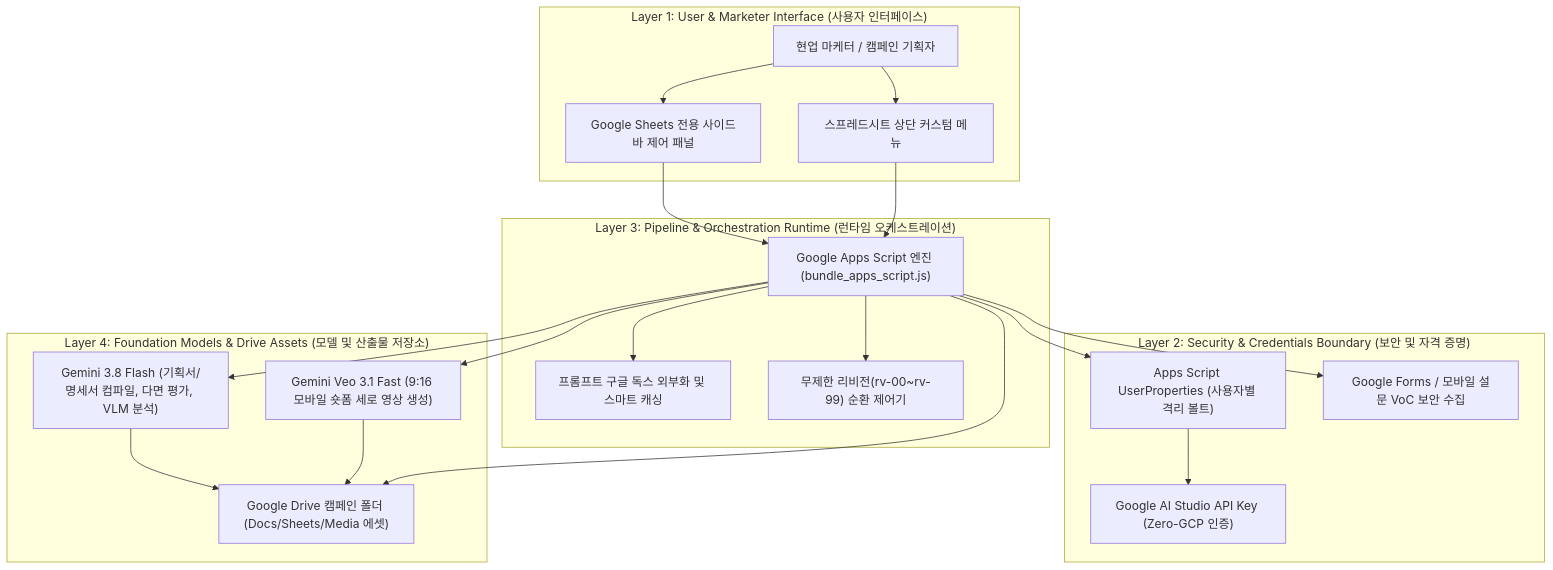
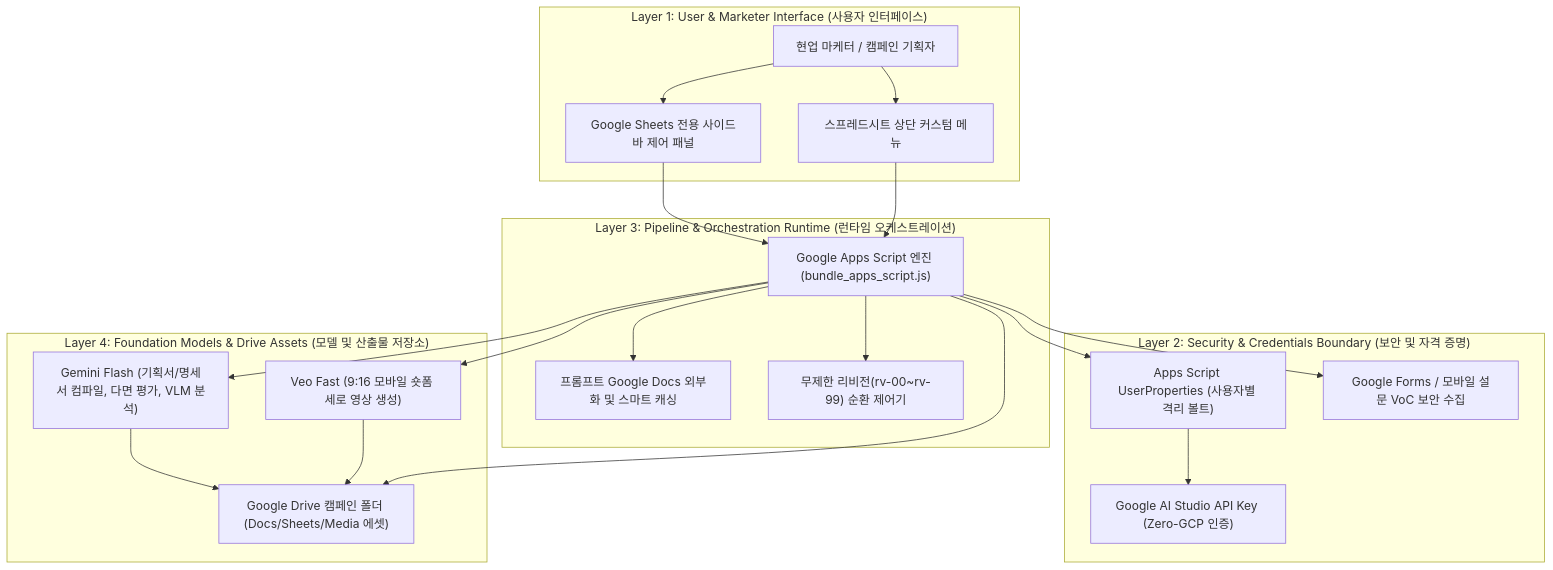
The diagram in samples/gws-marketing-content-pipeline/README.md (jiangjun-forge/google-cloud-0-to-1), drawn with Mermaid before and after one commit. The commit also changed other lines of this file and 229 other files, not shown here.

````diff
--- a/samples/gws-marketing-content-pipeline/README.md
+++ b/samples/gws-marketing-content-pipeline/README.md
@@ -75,41 +75,41 @@
 ```mermaid
 flowchart TB
     subgraph Layer1["Layer 1: User & Marketer Interface (사용자 인터페이스)"]
         Marketer["현업 마케터 / 캠페인 기획자"]
         SidebarUI["Google Sheets 전용 사이드바 제어 패널"]
         CustomMenu["스프레드시트 상단 커스텀 메뉴"]
     end
 
     subgraph Layer2["Layer 2: Security & Credentials Boundary (보안 및 자격 증명)"]
         UserProps["Apps Script UserProperties (사용자별 격리 볼트)"]
         APIKey["Google AI Studio API Key (Zero-GCP 인증)"]
         FormsAccess["Google Forms / 모바일 설문 VoC 보안 수집"]
     end
 
     subgraph Layer3["Layer 3: Pipeline & Orchestration Runtime (런타임 오케스트레이션)"]
         AppsScriptEngine["Google Apps Script 엔진 (bundle_apps_script.js)"]
-        PromptEngine["프롬프트 구글 독스 외부화 및 스마트 캐싱"]
+        PromptEngine["프롬프트 Google Docs 외부화 및 스마트 캐싱"]
         RevisionController["무제한 리비전(rv-00~rv-99) 순환 제어기"]
     end
 
     subgraph Layer4["Layer 4: Foundation Models & Drive Assets (모델 및 산출물 저장소)"]
-        GeminiFlash["Gemini 3.8 Flash (기획서/명세서 컴파일, 다면 평가, VLM 분석)"]
-        VeoFast["Gemini Veo 3.1 Fast (9:16 모바일 숏폼 세로 영상 생성)"]
+        GeminiFlash["Gemini Flash (기획서/명세서 컴파일, 다면 평가, VLM 분석)"]
+        VeoFast["Veo Fast (9:16 모바일 숏폼 세로 영상 생성)"]
         CampaignFolder["Google Drive 캠페인 폴더 (Docs/Sheets/Media 에셋)"]
     end
 
     Marketer --> SidebarUI
     Marketer --> CustomMenu
     SidebarUI --> AppsScriptEngine
     CustomMenu --> AppsScriptEngine
     AppsScriptEngine --> UserProps
     UserProps --> APIKey
     AppsScriptEngine --> PromptEngine
     AppsScriptEngine --> RevisionController
     AppsScriptEngine --> FormsAccess
     AppsScriptEngine --> GeminiFlash
     AppsScriptEngine --> VeoFast
     GeminiFlash --> CampaignFolder
     VeoFast --> CampaignFolder
     AppsScriptEngine --> CampaignFolder
 ```
````
